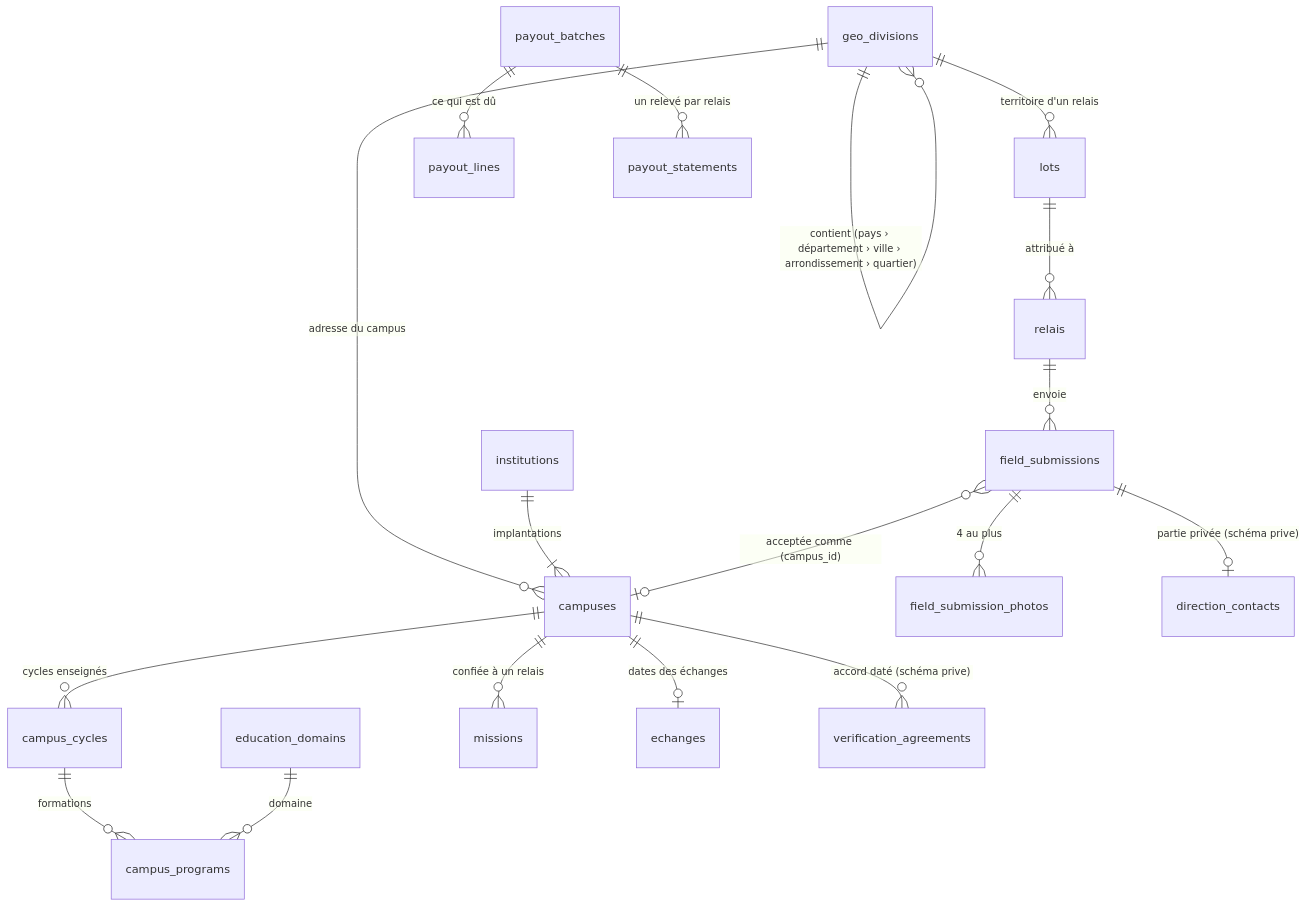
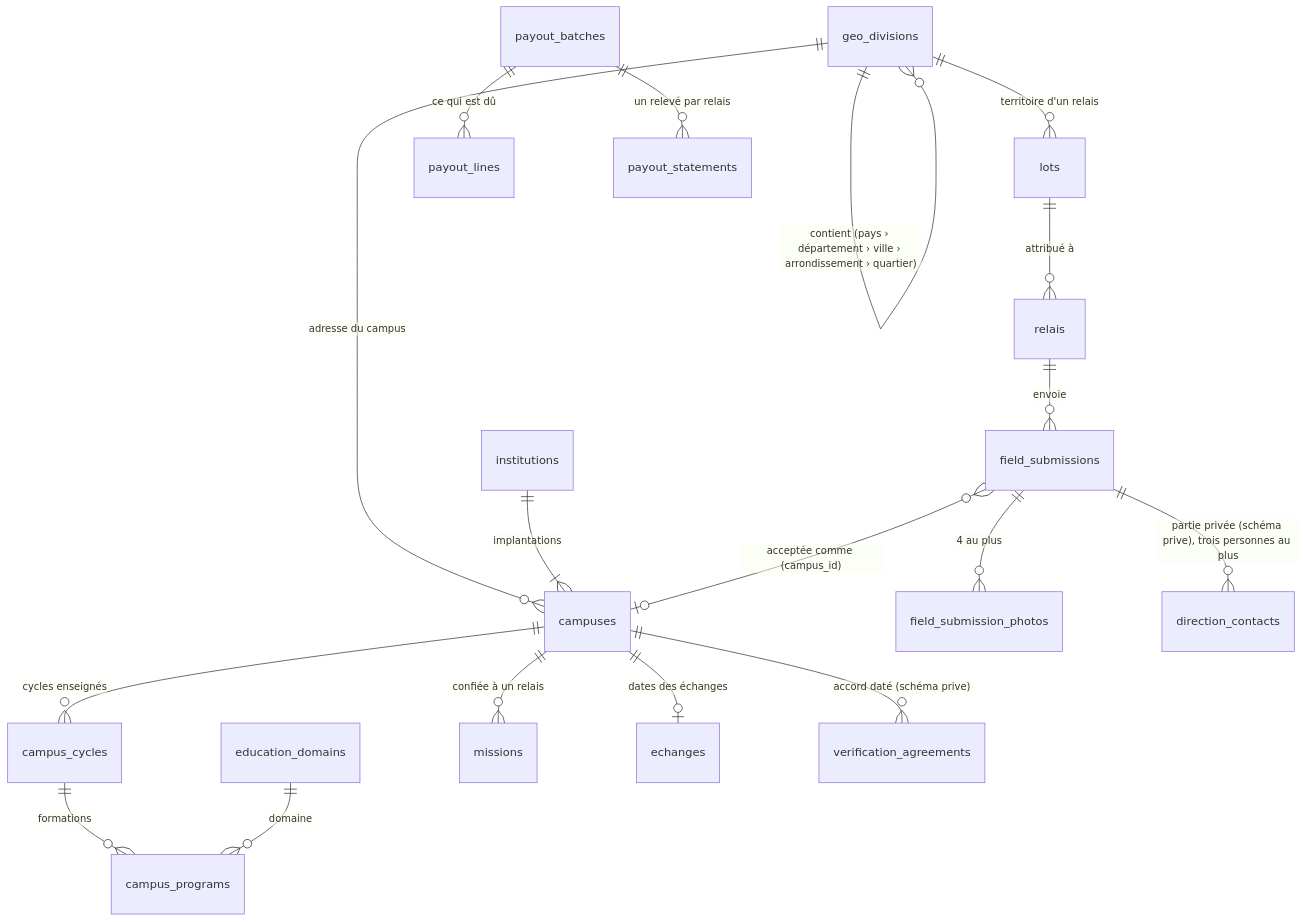
The diagram in supabase/schema.md (benaja-bendo/ntanova-site), drawn with Mermaid before and after one commit. The commit also changed other lines of this file and 13 other files, not shown here.

````diff
--- a/supabase/schema.md
+++ b/supabase/schema.md
@@ -16,20 +16,20 @@
 ```mermaid
 erDiagram
     geo_divisions ||--o{ geo_divisions : "contient (pays › département › ville › arrondissement › quartier)"
     geo_divisions ||--o{ campuses : "adresse du campus"
     geo_divisions ||--o{ lots : "territoire d'un relais"
     institutions ||--|{ campuses : "implantations"
     campuses ||--o{ campus_cycles : "cycles enseignés"
     campus_cycles ||--o{ campus_programs : "formations"
     education_domains ||--o{ campus_programs : "domaine"
     lots ||--o{ relais : "attribué à"
     relais ||--o{ field_submissions : "envoie"
     field_submissions ||--o{ field_submission_photos : "4 au plus"
-    field_submissions ||--o| direction_contacts : "partie privée (schéma prive)"
+    field_submissions ||--o{ direction_contacts : "partie privée (schéma prive), trois personnes au plus"
     field_submissions }o--o| campuses : "acceptée comme (campus_id)"
     campuses ||--o{ missions : "confiée à un relais"
     campuses ||--o| echanges : "dates des échanges"
     campuses ||--o{ verification_agreements : "accord daté (schéma prive)"
     payout_batches ||--o{ payout_lines : "ce qui est dû"
     payout_batches ||--o{ payout_statements : "un relevé par relais"
 ```
````
